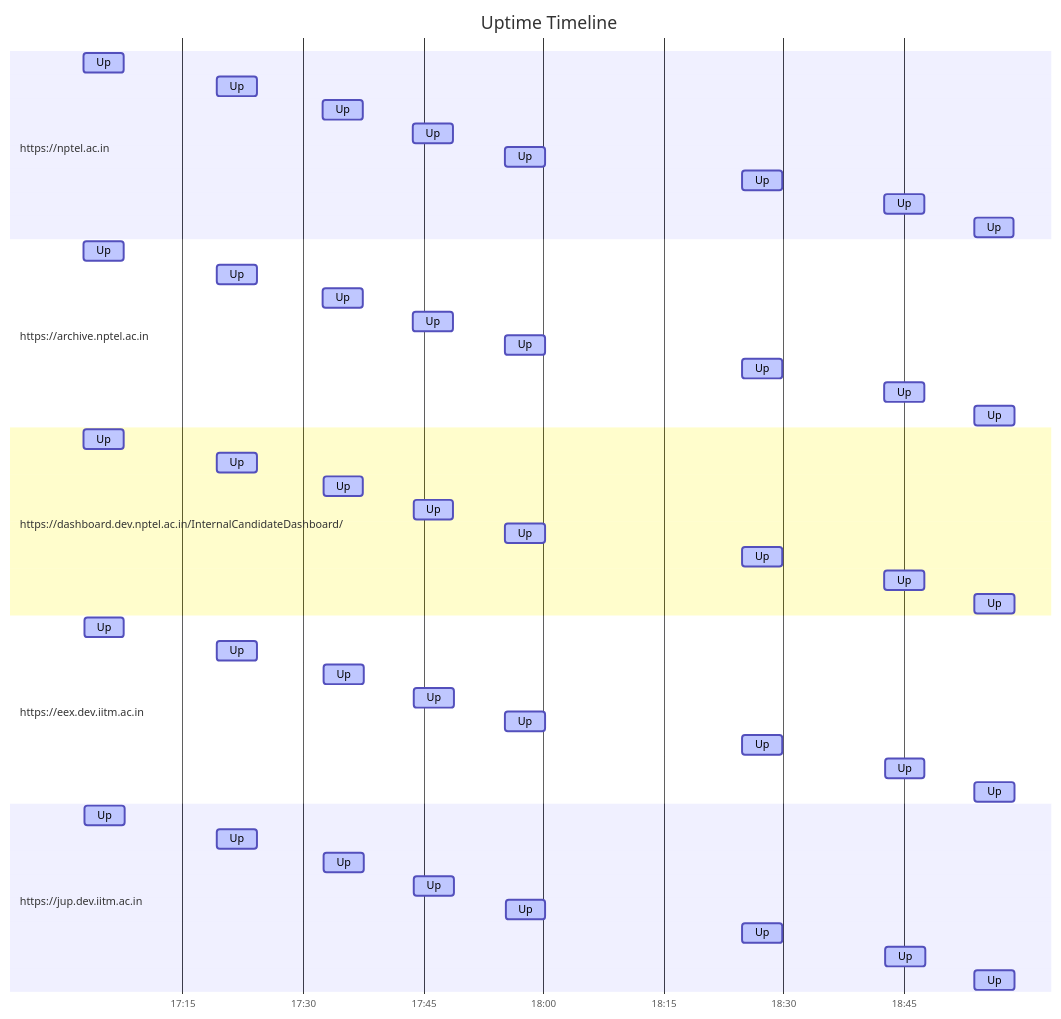
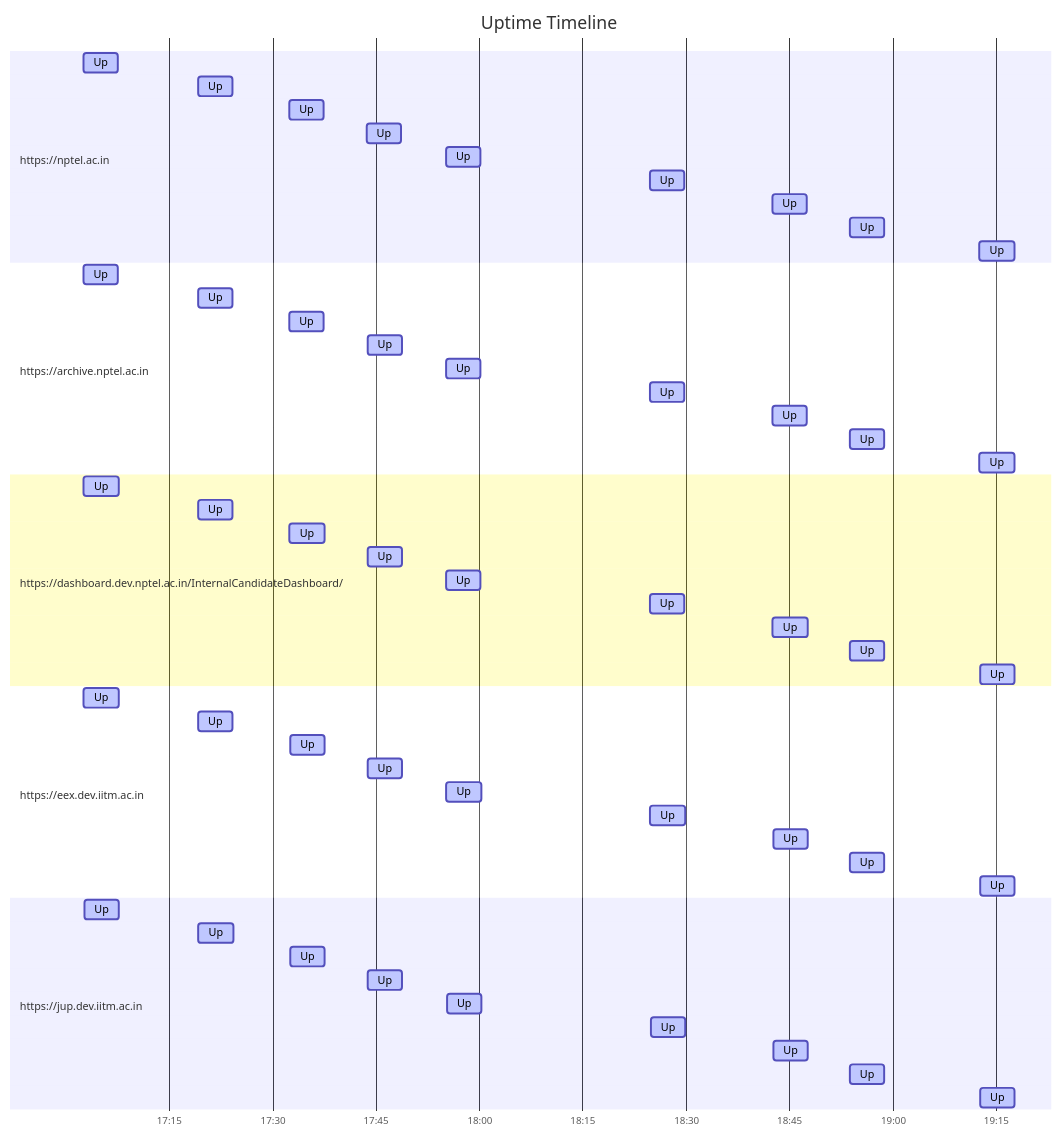
The diagram in results.md (nchandra75/monitor), drawn with Mermaid before and after one commit. The commit also changed other lines of this file and 1 other file, not shown here.

````diff
--- a/results.md
+++ b/results.md
@@ -21,51 +21,56 @@
 ```mermaid
 gantt
     title Uptime Timeline
     dateFormat YYYY-MM-DD HH:mm:ss
     axisFormat %H:%M
     section https://nptel.ac.in
         Up: active, 2024-09-13 17:02:35, 5m
         Up: active, 2024-09-13 17:19:13, 5m
         Up: active, 2024-09-13 17:32:28, 5m
         Up: active, 2024-09-13 17:43:43, 5m
         Up: active, 2024-09-13 17:55:11, 5m
         Up: active, 2024-09-13 18:24:46, 5m
         Up: active, 2024-09-13 18:42:34, 5m
         Up: active, 2024-09-13 18:53:45, 5m
+        Up: active, 2024-09-13 19:12:36, 5m
     section https://archive.nptel.ac.in
         Up: active, 2024-09-13 17:02:37, 5m
         Up: active, 2024-09-13 17:19:15, 5m
         Up: active, 2024-09-13 17:32:29, 5m
         Up: active, 2024-09-13 17:43:45, 5m
         Up: active, 2024-09-13 17:55:13, 5m
         Up: active, 2024-09-13 18:24:47, 5m
         Up: active, 2024-09-13 18:42:35, 5m
         Up: active, 2024-09-13 18:53:46, 5m
+        Up: active, 2024-09-13 19:12:37, 5m
     section https://dashboard.dev.nptel.ac.in/InternalCandidateDashboard/
         Up: active, 2024-09-13 17:02:38, 5m
         Up: active, 2024-09-13 17:19:15, 5m
         Up: active, 2024-09-13 17:32:30, 5m
         Up: active, 2024-09-13 17:43:46, 5m
         Up: active, 2024-09-13 17:55:13, 5m
         Up: active, 2024-09-13 18:24:48, 5m
         Up: active, 2024-09-13 18:42:36, 5m
         Up: active, 2024-09-13 18:53:47, 5m
+        Up: active, 2024-09-13 19:12:38, 5m
     section https://eex.dev.iitm.ac.in
         Up: active, 2024-09-13 17:02:39, 5m
         Up: active, 2024-09-13 17:19:16, 5m
         Up: active, 2024-09-13 17:32:31, 5m
         Up: active, 2024-09-13 17:43:47, 5m
         Up: active, 2024-09-13 17:55:15, 5m
         Up: active, 2024-09-13 18:24:50, 5m
         Up: active, 2024-09-13 18:42:37, 5m
         Up: active, 2024-09-13 18:53:48, 5m
+        Up: active, 2024-09-13 19:12:39, 5m
     section https://jup.dev.iitm.ac.in
         Up: active, 2024-09-13 17:02:40, 5m
         Up: active, 2024-09-13 17:19:17, 5m
         Up: active, 2024-09-13 17:32:32, 5m
         Up: active, 2024-09-13 17:43:48, 5m
         Up: active, 2024-09-13 17:55:16, 5m
         Up: active, 2024-09-13 18:24:51, 5m
         Up: active, 2024-09-13 18:42:38, 5m
         Up: active, 2024-09-13 18:53:49, 5m
+        Up: active, 2024-09-13 19:12:40, 5m
 ```
````
